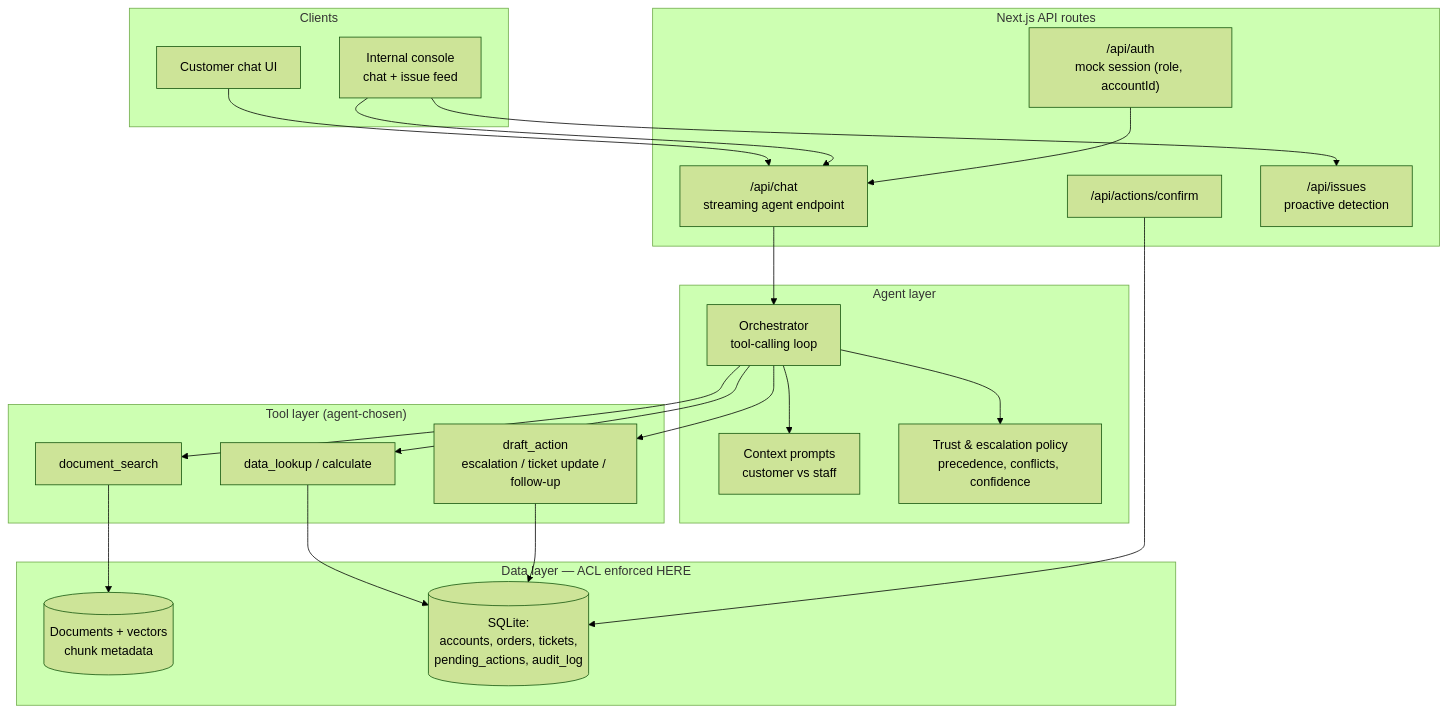
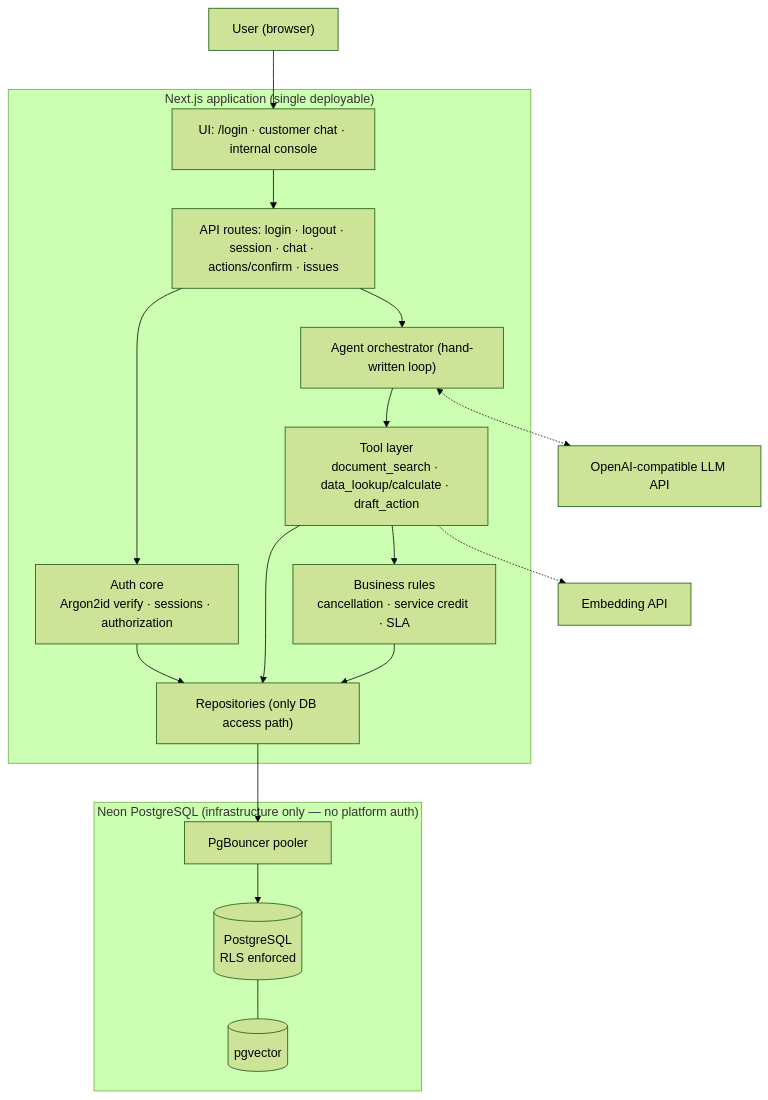
The first of 8 diagrams in ARCHITECTURE.md (bhanuteja449896/ParcelPath-AI), drawn with Mermaid (forest theme) before and after one commit. The commit also changed other lines of this file and 10 other files, not shown here.

````diff
--- a/ARCHITECTURE.md
+++ b/ARCHITECTURE.md
@@ -44,44 +94,33 @@
 ```mermaid
 flowchart TB
-    subgraph Clients
-        CU[Customer chat UI]
-        IU[Internal console<br/>chat + issue feed]
+    U["User (browser)"]
+    subgraph APP["Next.js application (single deployable)"]
+        UI["UI: /login · customer chat · internal console"]
+        API["API routes: login · logout · session · chat · actions/confirm · issues"]
+        AUTH["Auth core<br/>Argon2id verify · sessions · authorization"]
+        AGENT["Agent orchestrator (hand-written loop)"]
+        TOOLS["Tool layer<br/>document_search · data_lookup/calculate · draft_action"]
+        BIZ["Business rules<br/>cancellation · service credit · SLA"]
+        REPO["Repositories (only DB access path)"]
     end
+    subgraph NEON["Neon PostgreSQL (infrastructure only — no platform auth)"]
+        PG[("PostgreSQL<br/>RLS enforced")]
+        VEC[("pgvector")]
+        POOL["PgBouncer pooler"]
+    end
+    LLM["OpenAI-compatible LLM API"]
+    EMB["Embedding API"]
 
-    subgraph "Next.js API routes"
-        AUTH["/api/auth<br/>mock session (role, accountId)"]
-        CHAT["/api/chat<br/>streaming agent endpoint"]
-        CONF["/api/actions/confirm"]
-        ISS["/api/issues<br/>proactive detection"]
-    end
-
-    subgraph "Agent layer"
-        ORCH[Orchestrator<br/>tool-calling loop]
-        PROMPTS[Context prompts<br/>customer vs staff]
-        TRUST[Trust & escalation policy<br/>precedence, conflicts, confidence]
-    end
-
-    subgraph "Tool layer (agent-chosen)"
-        T1[document_search]
-        T2[data_lookup / calculate]
-        T3[draft_action<br/>escalation / ticket update / follow-up]
-    end
-
-    subgraph "Data layer — ACL enforced HERE"
-        VS[(Documents + vectors<br/>chunk metadata)]
-        DB[(SQLite:<br/>accounts, orders, tickets,<br/>pending_actions, audit_log)]
-    end
-
-    CU --> CHAT
-    IU --> CHAT
-    IU --> ISS
-    AUTH --> CHAT
-    CHAT --> ORCH
-    ORCH --> PROMPTS
-    ORCH --> TRUST
-    ORCH --> T1 & T2 & T3
-    T1 --> VS
-    T2 --> DB
-    T3 --> DB
-    CONF --> DB
+    U --> UI --> API
+    API --> AUTH
+    API --> AGENT
+    AUTH --> REPO
+    AGENT --> TOOLS
+    AGENT <-.-> LLM
+    TOOLS --> BIZ
+    TOOLS --> REPO
+    BIZ --> REPO
+    REPO --> POOL --> PG
+    PG --- VEC
+    TOOLS -.-> EMB
 ```
````
